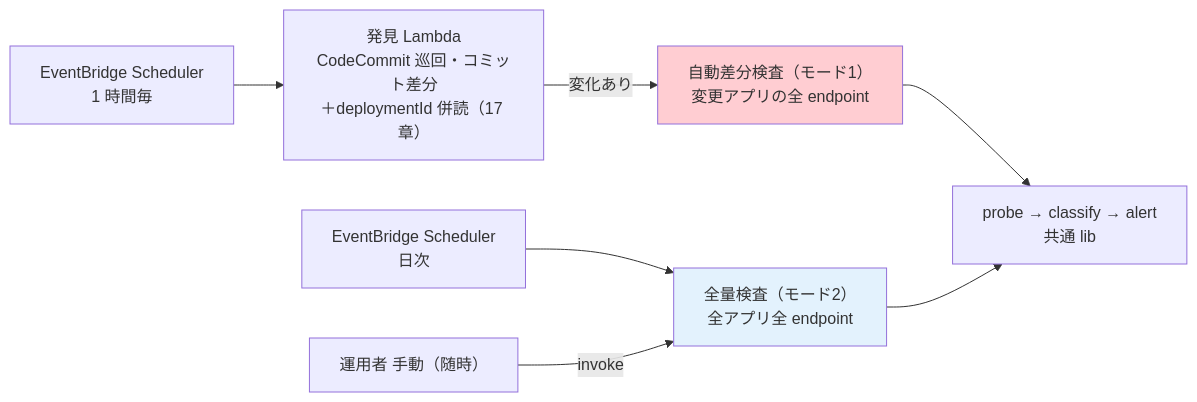
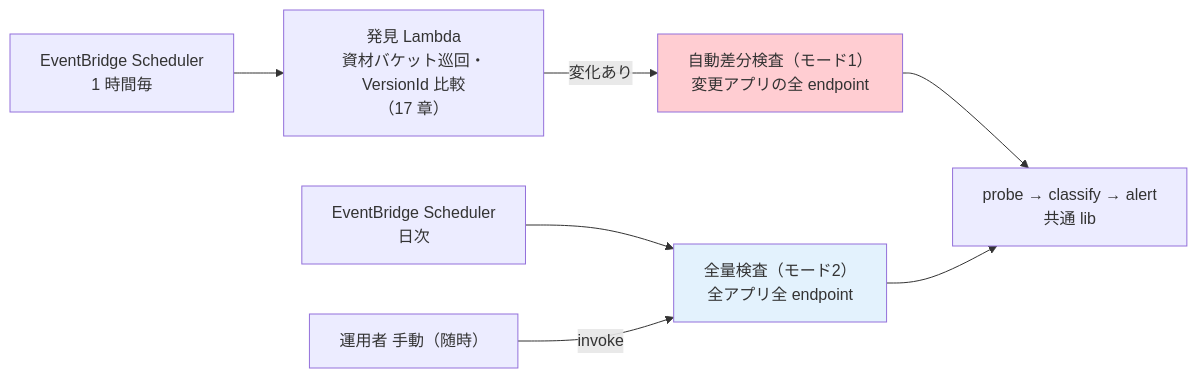
Before and after one commit to suepie/aws-atuh-poc: the first of 2 diagrams in doc/api-platform/basic-design/18-scan-modes-and-scheduling.md, drawn with Mermaid. The commit also changed other lines of this file and 16 other files, not shown here.

````diff
--- a/doc/api-platform/basic-design/18-scan-modes-and-scheduling.md
+++ b/doc/api-platform/basic-design/18-scan-modes-and-scheduling.md
@@ -31,10 +31,10 @@
 ```mermaid
 flowchart LR
-    SCH["EventBridge Scheduler<br/>1 時間毎"] --> DISC["発見 Lambda<br/>CodeCommit 巡回・コミット差分<br/>＋deploymentId 併読（17 章）"]
+    SCH["EventBridge Scheduler<br/>1 時間毎"] --> DISC["発見 Lambda<br/>資材バケット巡回・VersionId 比較<br/>（17 章）"]
     DISC -->|変化あり| MODE1["自動差分検査（モード1）<br/>変更アプリの全 endpoint"]
     SCHF["EventBridge Scheduler<br/>日次"] --> MODE2["全量検査（モード2）<br/>全アプリ全 endpoint"]
     Manual["運用者 手動（随時）"] -->|invoke| MODE2
     MODE1 & MODE2 --> C[probe → classify → alert<br/>共通 lib]
     style MODE1 fill:#ffcdd2
     style MODE2 fill:#e3f2fd
 ```
````
